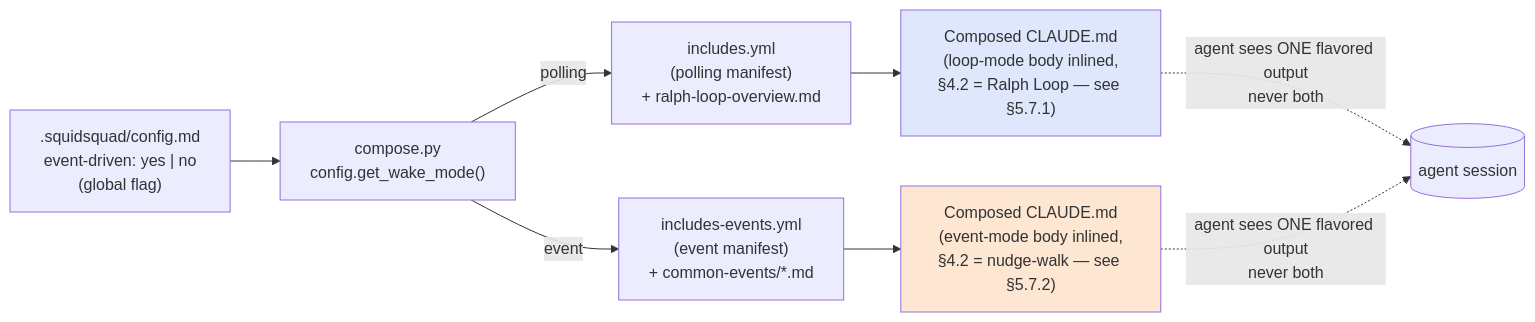
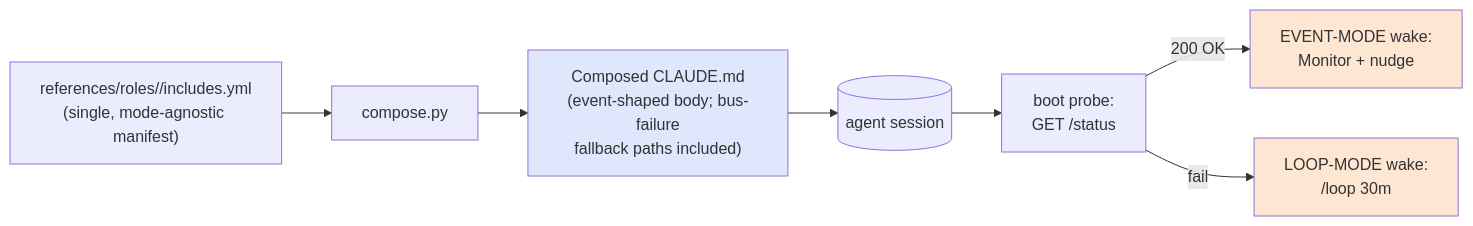
Before and after one commit to WallyDoodlez/SquidSquad: the tenth of 12 diagrams in docs/COMPOSE-ARCHITECTURE.md, drawn with Mermaid. The commit also changed other lines of this file and 3 other files, not shown here.

````diff
--- a/docs/COMPOSE-ARCHITECTURE.md
+++ b/docs/COMPOSE-ARCHITECTURE.md
@@ -1196,12 +1134,12 @@
 ```mermaid
 flowchart LR
-  Cfg[".squidsquad/config.md<br/>event-driven: yes | no<br/>(global flag)"] --> Reader["compose.py<br/>config.get_wake_mode()"]
-  Reader -->|polling| MP["includes.yml<br/>(polling manifest)<br/>+ ralph-loop-overview.md"]
-  Reader -->|event| ME["includes-events.yml<br/>(event manifest)<br/>+ common-events/*.md"]
-  MP --> RP["Composed CLAUDE.md<br/>(loop-mode body inlined,<br/>§4.2 = Ralph Loop — see §5.7.1)"]
-  ME --> RE["Composed CLAUDE.md<br/>(event-mode body inlined,<br/>§4.2 = nudge-walk — see §5.7.2)"]
-  RP -.->|"agent sees ONE flavored output<br/>never both"| Agent[("agent session")]
-  RE -.->|"agent sees ONE flavored output<br/>never both"| Agent
-  style RP fill:#dfe7fd
-  style RE fill:#fde7d3
+  M["references/roles/<role>/includes.yml<br/>(single, mode-agnostic manifest)"] --> Compose["compose.py"]
+  Compose --> R["Composed CLAUDE.md<br/>(event-shaped body; bus-failure<br/>fallback paths included)"]
+  R --> Agent[("agent session")]
+  Agent --> Probe["boot probe:<br/>GET /status"]
+  Probe -->|200 OK| EM["EVENT-MODE wake:<br/>Monitor + nudge"]
+  Probe -->|fail| LM["LOOP-MODE wake:<br/>/loop 30m"]
+  style R fill:#dfe7fd
+  style EM fill:#fde7d3
+  style LM fill:#fde7d3
 ```
````
